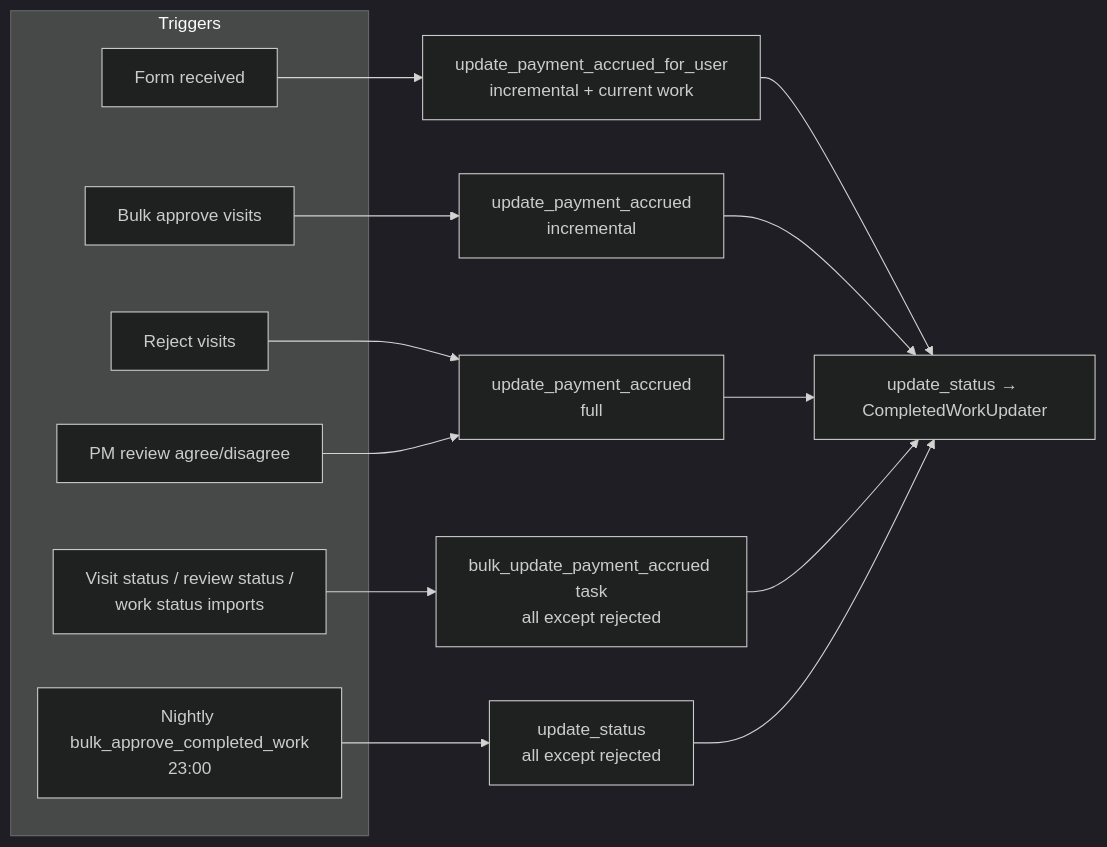
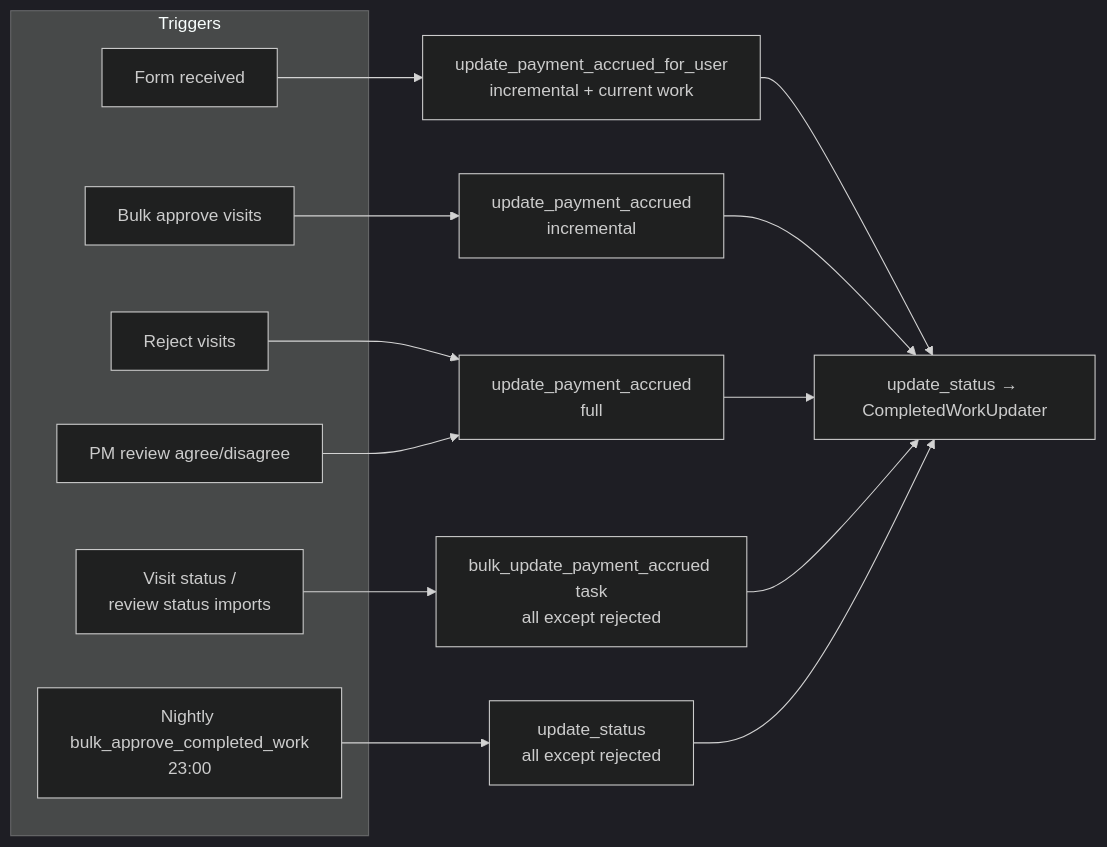
Before and after one commit to dimagi/commcare-connect: the fifth of 8 diagrams in commcare_connect/opportunity/PAYMENTS.md, drawn with Mermaid (dark theme). The commit also changed other lines of this file and 9 other files, not shown here.

First line of the commit message:
feat(opportunity)!: remove completed work export and status import

````diff
--- a/commcare_connect/opportunity/PAYMENTS.md
+++ b/commcare_connect/opportunity/PAYMENTS.md
@@ -212,22 +212,22 @@
 ```mermaid
 flowchart LR
     subgraph Triggers
         T1[Form received]
         T2[Bulk approve visits]
         T3[Reject visits]
         T4[PM review agree/disagree]
-        T5[Visit status / review status /<br/>work status imports]
+        T5[Visit status /<br/>review status imports]
         T6[Nightly bulk_approve_completed_work<br/>23:00]
     end
     T1 --> I1[update_payment_accrued_for_user<br/>incremental + current work]
     T2 --> I2[update_payment_accrued<br/>incremental]
     T3 --> F1[update_payment_accrued<br/>full]
     T4 --> F1
     T5 --> B1[bulk_update_payment_accrued task<br/>all except rejected]
     T6 --> B2[update_status<br/>all except rejected]
     I1 --> U[update_status → CompletedWorkUpdater]
     I2 --> U
     F1 --> U
     B1 --> U
     B2 --> U
 ```
````
